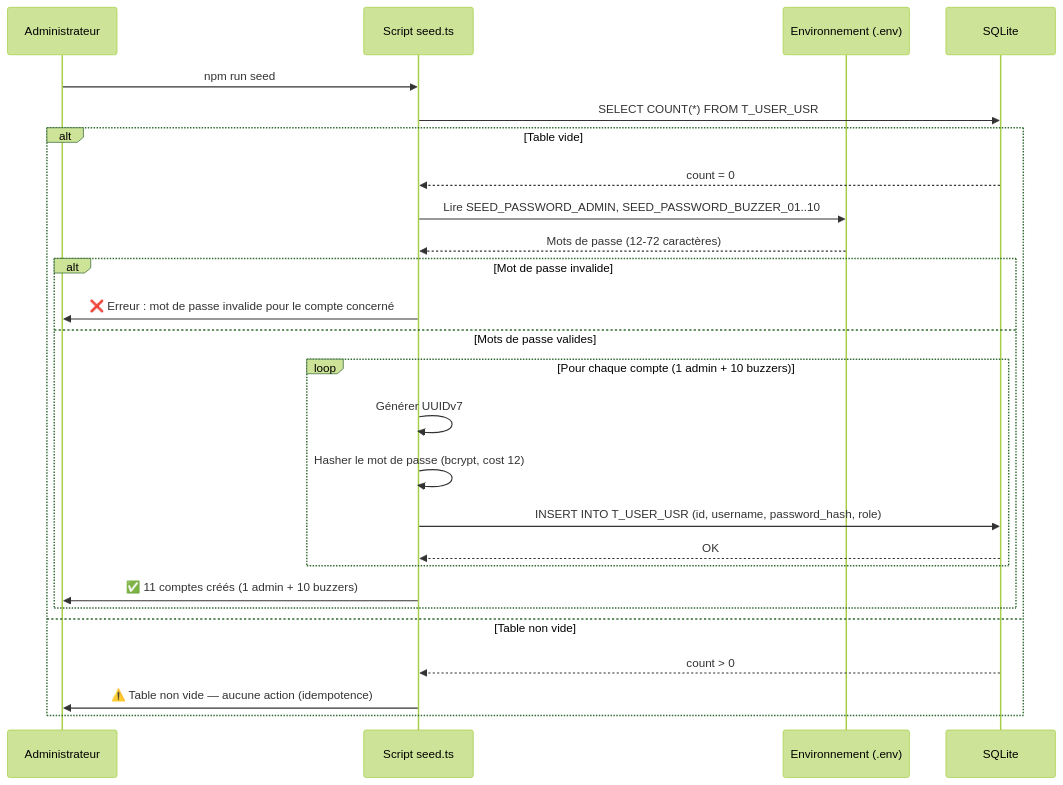
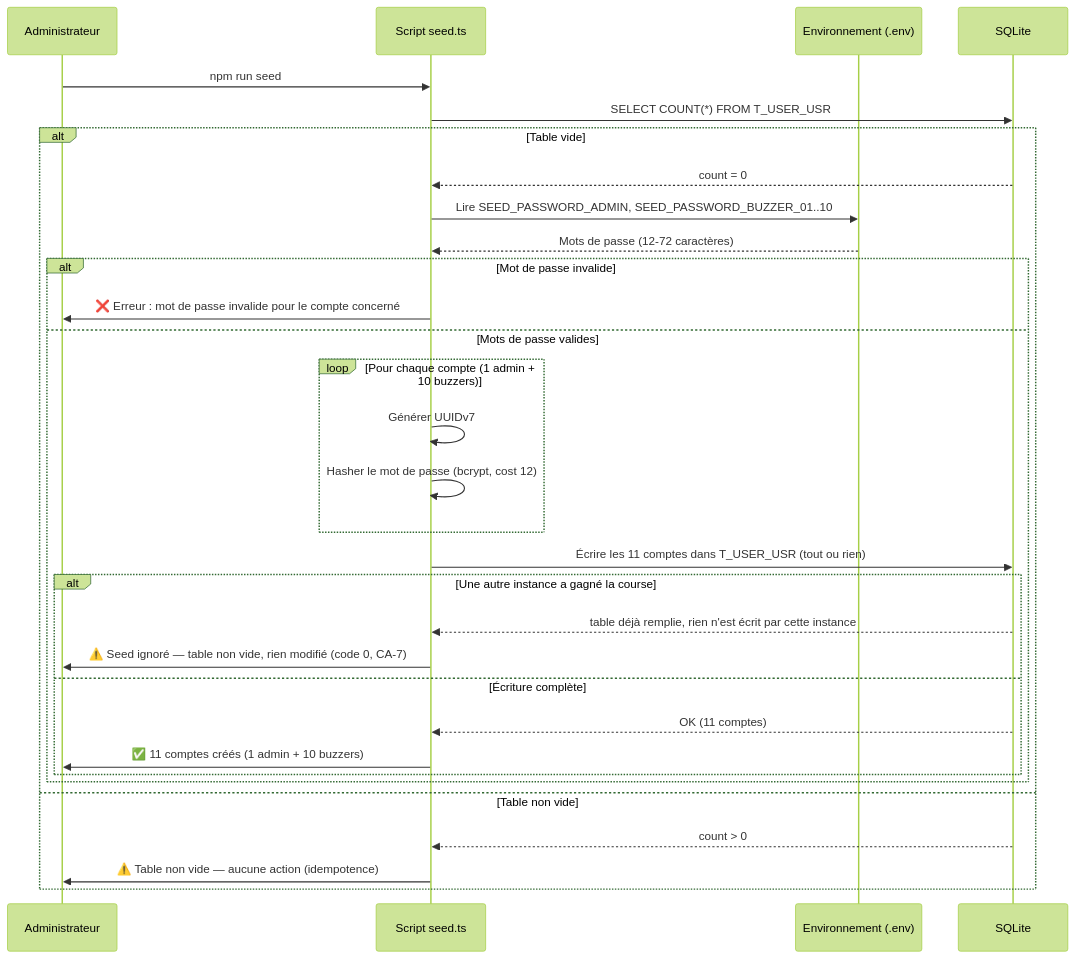
One commit to ODehel/quiz-live-server changed the diagram in docs/specs/diagrams/US-002-seed-users-sequence.mmd. Above: the diagram before and after it, drawn with Mermaid. The commit also changed 8 other files, not shown here.

```diff
--- a/docs/specs/diagrams/US-002-seed-users-sequence.mmd
+++ b/docs/specs/diagrams/US-002-seed-users-sequence.mmd
@@ -1,30 +1,35 @@
 %%{init: {"theme": "forest"}}%%
 sequenceDiagram
     participant U as Administrateur
     participant S as Script seed.ts
     participant ENV as Environnement (.env)
     participant DB as SQLite
 
     U->>S: npm run seed
     S->>DB: SELECT COUNT(*) FROM T_USER_USR
 
     alt Table vide
         DB-->>S: count = 0
         S->>ENV: Lire SEED_PASSWORD_ADMIN, SEED_PASSWORD_BUZZER_01..10
         ENV-->>S: Mots de passe (12-72 caractères)
 
         alt Mot de passe invalide
             S->>U: ❌ Erreur : mot de passe invalide pour le compte concerné
         else Mots de passe valides
             loop Pour chaque compte (1 admin + 10 buzzers)
                 S->>S: Générer UUIDv7
                 S->>S: Hasher le mot de passe (bcrypt, cost 12)
-                S->>DB: INSERT INTO T_USER_USR (id, username, password_hash, role)
-                DB-->>S: OK
             end
-            S->>U: ✅ 11 comptes créés (1 admin + 10 buzzers)
+            S->>DB: Écrire les 11 comptes dans T_USER_USR (tout ou rien)
+            alt Une autre instance a gagné la course
+                DB-->>S: table déjà remplie, rien n'est écrit par cette instance
+                S->>U: ⚠️ Seed ignoré — table non vide, rien modifié (code 0, CA-7)
+            else Écriture complète
+                DB-->>S: OK (11 comptes)
+                S->>U: ✅ 11 comptes créés (1 admin + 10 buzzers)
+            end
         end
     else Table non vide
         DB-->>S: count > 0
         S->>U: ⚠️ Table non vide — aucune action (idempotence)
     end
```
